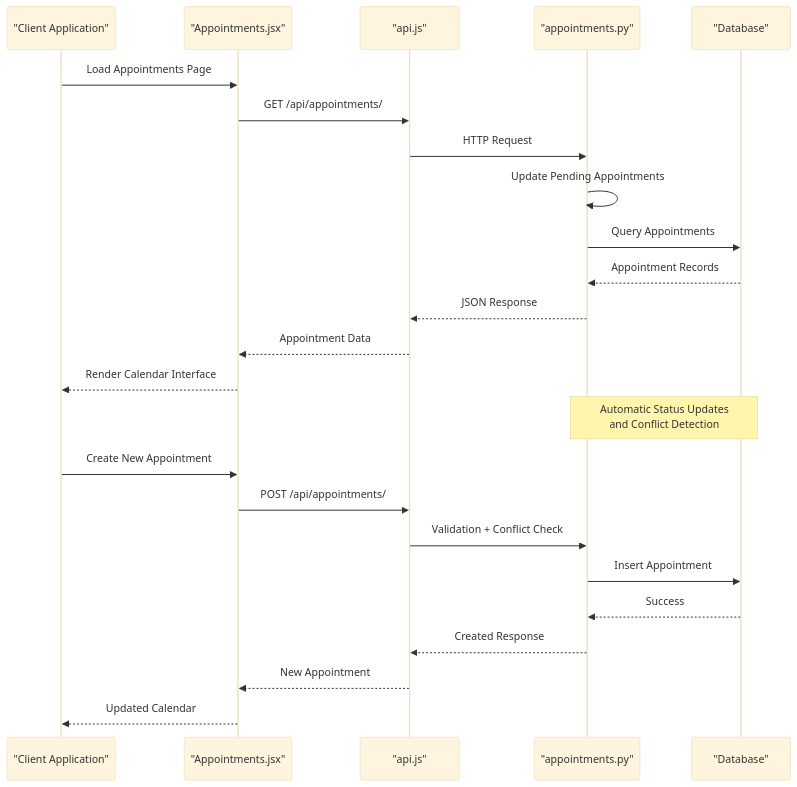
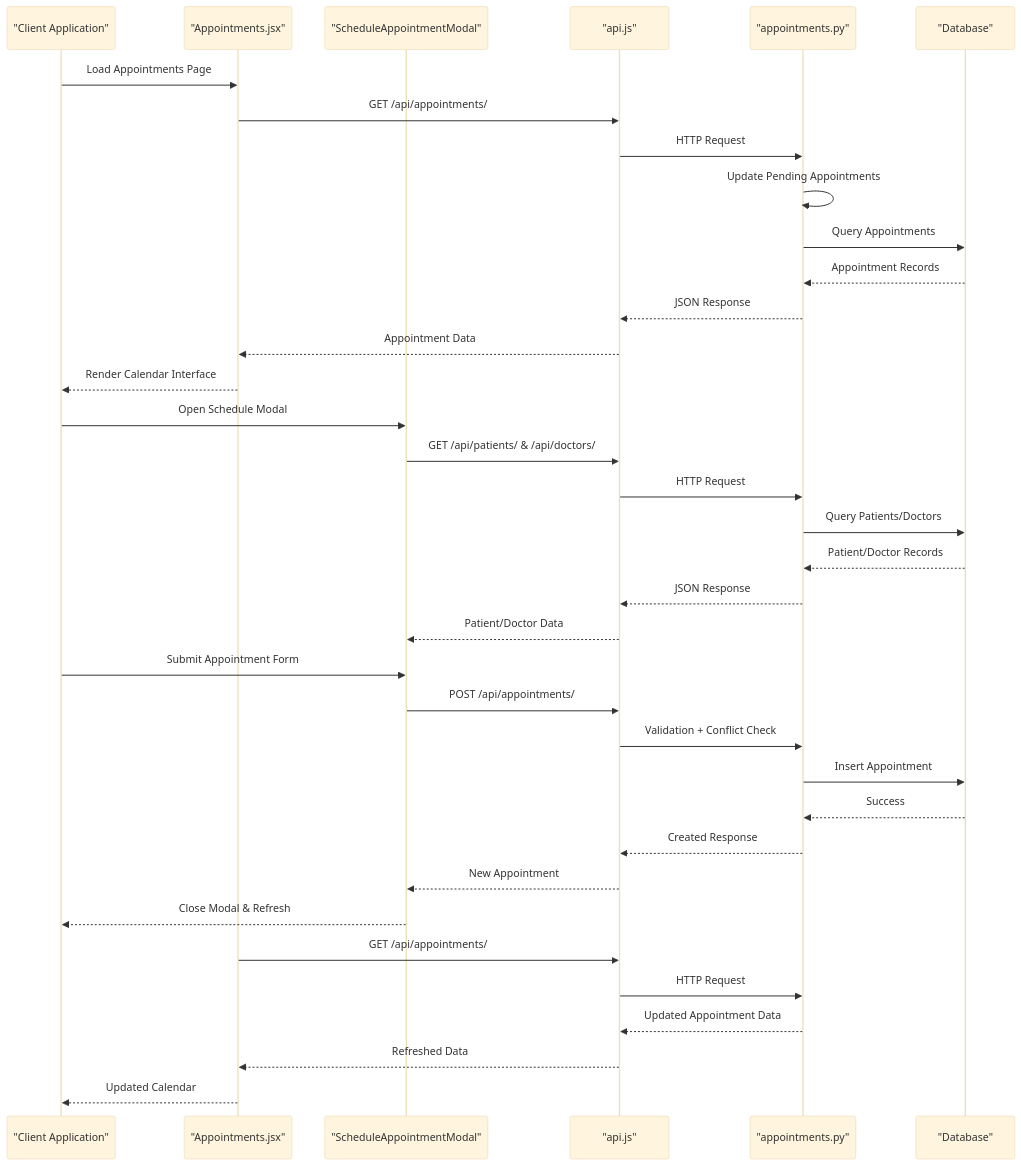
One commit to kasliwalsarthak7972/smart-healthcare-dashboard changed the second of 8 diagrams in .qoder/repowiki/en/content/Frontend Component Architecture/Appointments Component.md. Above: the diagram before and after it, drawn with Mermaid (base theme). The commit also changed other lines of this file and 7 other files, not shown here.

````diff
--- a/.qoder/repowiki/en/content/Frontend Component Architecture/Appointments Component.md
+++ b/.qoder/repowiki/en/content/Frontend Component Architecture/Appointments Component.md
@@ -113,26 +131,38 @@
 ```mermaid
 sequenceDiagram
 participant Client as "Client Application"
 participant Frontend as "Appointments.jsx"
+participant Modal as "ScheduleAppointmentModal"
 participant API as "api.js"
 participant Router as "appointments.py"
 participant DB as "Database"
 Client->>Frontend : Load Appointments Page
 Frontend->>API : GET /api/appointments/
 API->>Router : HTTP Request
 Router->>Router : Update Pending Appointments
 Router->>DB : Query Appointments
 DB-->>Router : Appointment Records
 Router-->>API : JSON Response
 API-->>Frontend : Appointment Data
 Frontend-->>Client : Render Calendar Interface
-Note over Router,DB : Automatic Status Updates<br/>and Conflict Detection
-Client->>Frontend : Create New Appointment
-Frontend->>API : POST /api/appointments/
+Client->>Modal : Open Schedule Modal
+Modal->>API : GET /api/patients/ & /api/doctors/
+API->>Router : HTTP Request
+Router->>DB : Query Patients/Doctors
+DB-->>Router : Patient/Doctor Records
+Router-->>API : JSON Response
+API-->>Modal : Patient/Doctor Data
+Client->>Modal : Submit Appointment Form
+Modal->>API : POST /api/appointments/
 API->>Router : Validation + Conflict Check
 Router->>DB : Insert Appointment
 DB-->>Router : Success
 Router-->>API : Created Response
-API-->>Frontend : New Appointment
+API-->>Modal : New Appointment
+Modal-->>Client : Close Modal & Refresh
+Frontend->>API : GET /api/appointments/
+API->>Router : HTTP Request
+Router-->>API : Updated Appointment Data
+API-->>Frontend : Refreshed Data
 Frontend-->>Client : Updated Calendar
 ```
````
